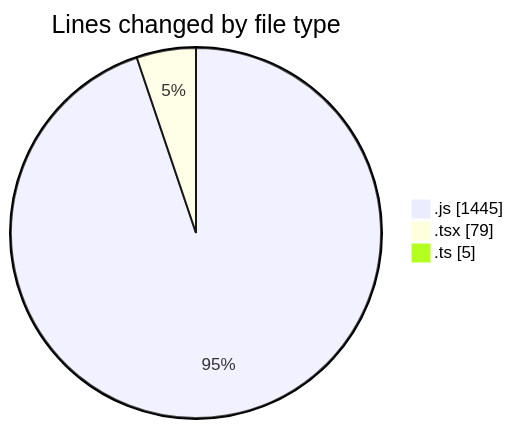
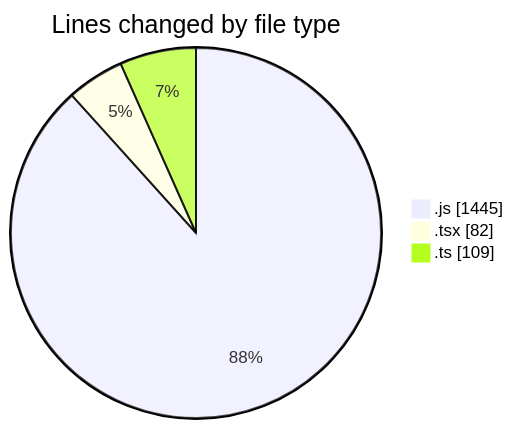
One commit to momahboobian/code-tracking changed the first of 2 diagrams in 2025-03-13/cda/README.md. Above: the diagram before and after it, drawn with Mermaid. The commit also changed other lines of this file and 1 other file, not shown here.

````diff
--- a/2025-03-13/cda/README.md
+++ b/2025-03-13/cda/README.md
@@ -25,7 +26,7 @@
 ```mermaid
 pie showData
 title Lines changed by file type
 ".js" : 1445
-".tsx" : 79
-".ts" : 5
+".tsx" : 82
+".ts" : 109
 ```
````
